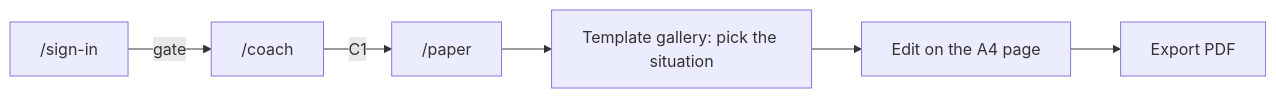
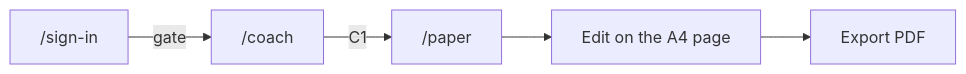
One commit to Rickvu309/opencv changed the fourth of 7 diagrams in docs/flows.md. Above: the diagram before and after it, drawn with Mermaid. The commit also changed other lines of this file and 13 other files, not shown here.

````diff
--- a/docs/flows.md
+++ b/docs/flows.md
@@ -167,8 +167,7 @@
 ```mermaid
 flowchart LR
   In["/sign-in"] -->|"gate"| Chat["/coach"]
   Chat -->|"C1"| List["/paper"]
-  List --> Gallery["Template gallery: pick the situation"]
-  Gallery --> Page["Edit on the A4 page"]
+  List --> Page["Edit on the A4 page"]
   Page --> Export["Export PDF"]
 ```
````
